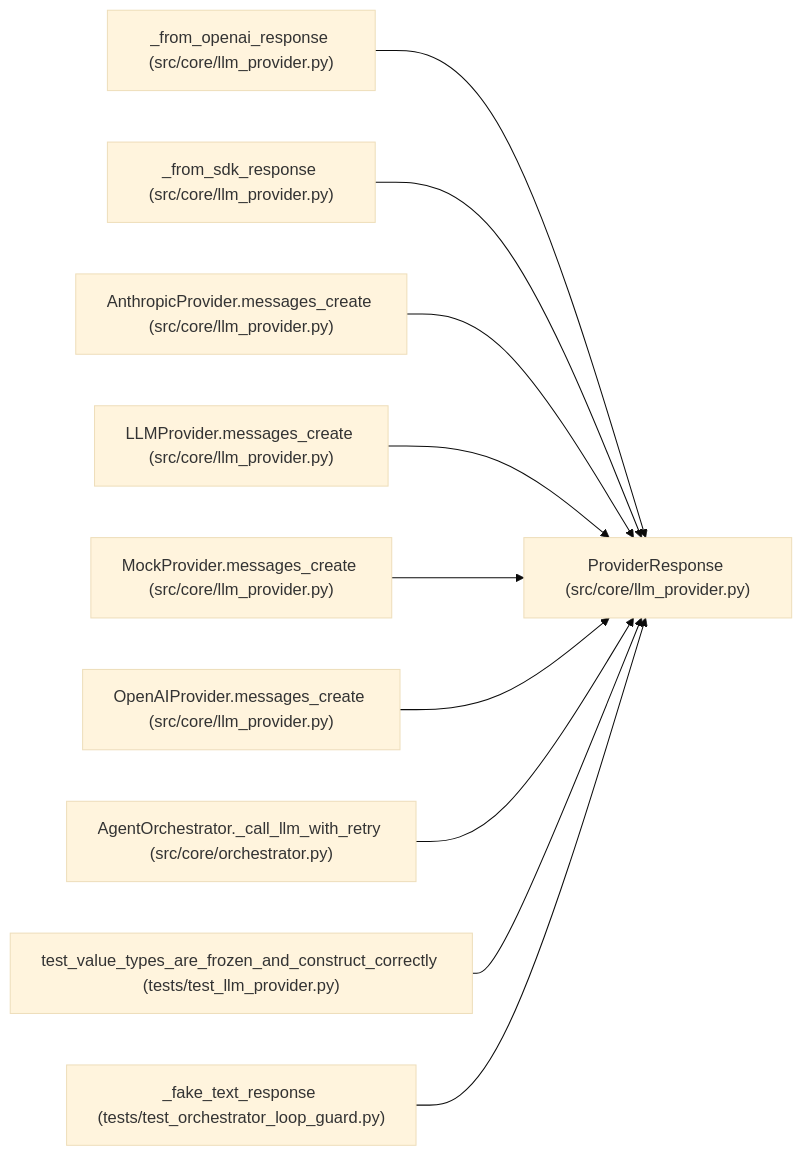
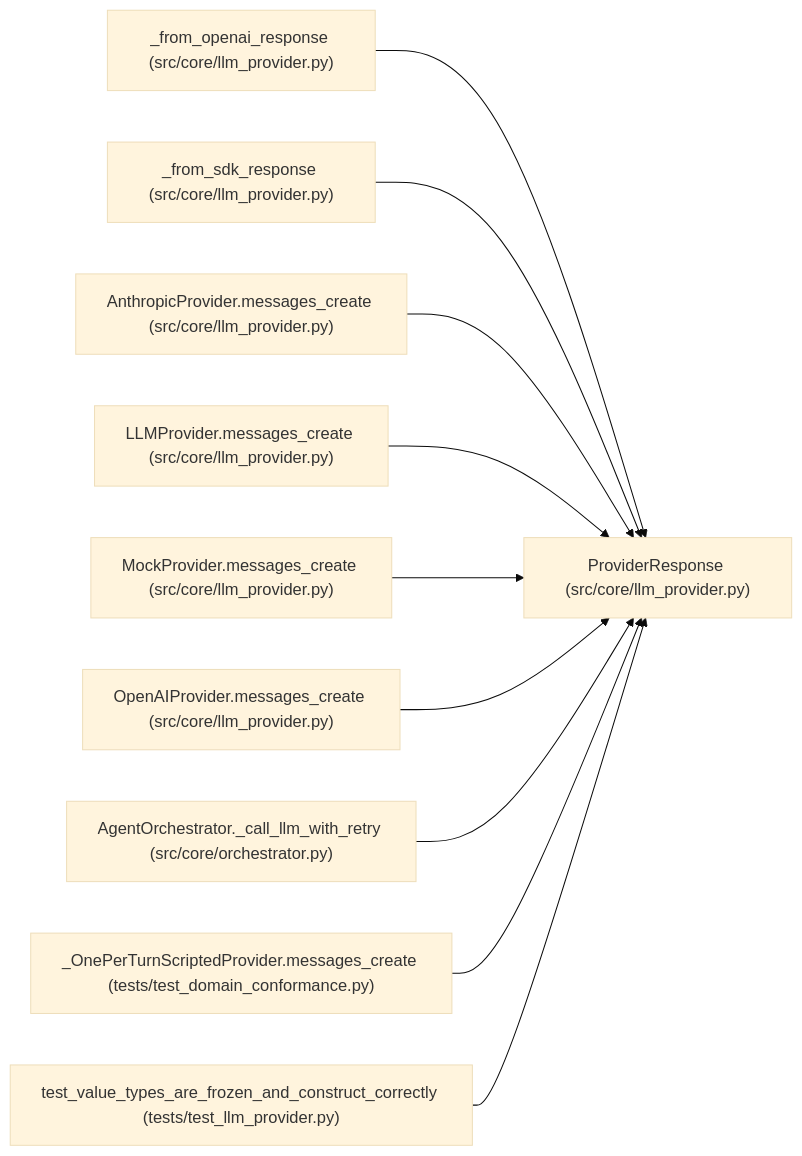
The diagram in docs/llm_wiki/entities/ProviderResponse.md (Denissvgn/autoresearch-agent), drawn with Mermaid (base theme) before and after one commit. The commit also changed other lines of this file and 1033 other files, not shown here.

````diff
--- a/docs/llm_wiki/entities/ProviderResponse.md
+++ b/docs/llm_wiki/entities/ProviderResponse.md
@@ -34,32 +34,32 @@
 ```mermaid
 flowchart LR
     n0["ProviderResponse (src/core/llm_provider.py)"]
     n1["_from_openai_response (src/core/llm_provider.py)"]
     n2["_from_sdk_response (src/core/llm_provider.py)"]
     n3["AnthropicProvider.messages_create (src/core/llm_provider.py)"]
     n4["LLMProvider.messages_create (src/core/llm_provider.py)"]
     n5["MockProvider.messages_create (src/core/llm_provider.py)"]
     n6["OpenAIProvider.messages_create (src/core/llm_provider.py)"]
     n7["AgentOrchestrator._call_llm_with_retry (src/core/orchestrator.py)"]
-    n8["test_value_types_are_frozen_and_construct_correctly (tests/test_llm_provider.py)"]
-    n9["_fake_text_response (tests/test_orchestrator_loop_guard.py)"]
+    n8["_OnePerTurnScriptedProvider.messages_create (tests/test_domain_conformance.py)"]
+    n9["test_value_types_are_frozen_and_construct_correctly (tests/test_llm_provider.py)"]
     n1 --> n0
     n2 --> n0
     n3 --> n0
     n4 --> n0
     n5 --> n0
     n6 --> n0
     n7 --> n0
     n8 --> n0
     n9 --> n0
     click n0 "../modules/llm_provider.md"
     click n1 "../modules/llm_provider.md"
     click n2 "../modules/llm_provider.md"
     click n3 "../modules/llm_provider.md"
     click n4 "../modules/llm_provider.md"
     click n5 "../modules/llm_provider.md"
     click n6 "../modules/llm_provider.md"
     click n7 "../modules/orchestrator.md"
-    click n8 "../modules/test_llm_provider.md"
-    click n9 "../modules/test_orchestrator_loop_guard.md"
+    click n8 "../modules/test_domain_conformance.md"
+    click n9 "../modules/test_llm_provider.md"
 ```
````
